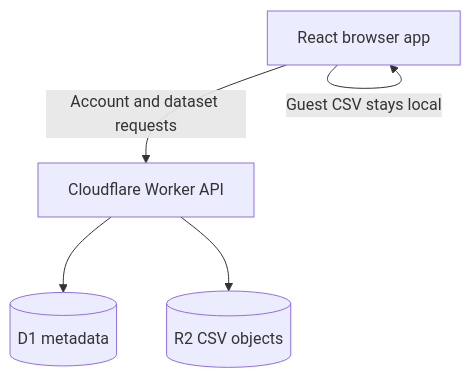
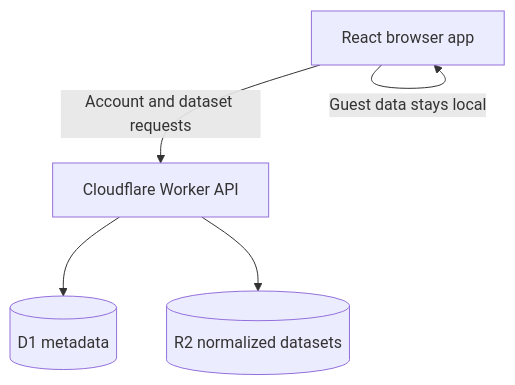
The diagram in README.md (jason1511/react-analytics-dashboard), drawn with Mermaid before and after one commit. The commit also changed other lines of this file and 18 other files, not shown here.

````diff
--- a/README.md
+++ b/README.md
@@ -46,12 +47,12 @@
 ```mermaid
 flowchart TD
     Browser[React browser app]
     Worker[Cloudflare Worker API]
     D1[(D1 metadata)]
-    R2[(R2 CSV objects)]
+    R2[(R2 normalized datasets)]
 
     Browser -->|Account and dataset requests| Worker
     Worker --> D1
     Worker --> R2
-    Browser -->|Guest CSV stays local| Browser
+    Browser -->|Guest data stays local| Browser
 ```
````
